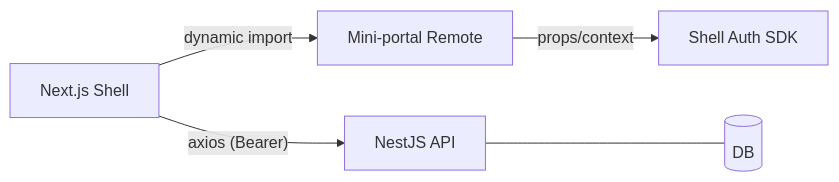
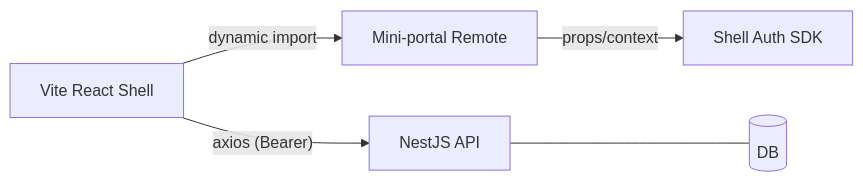
One commit to TAdev07/super-admin-portal-demo changed the first of 2 diagrams in docs/module-federation.md. Above: the diagram before and after it, drawn with Mermaid. The commit also changed other lines of this file and 44 other files, not shown here.

````diff
--- a/docs/module-federation.md
+++ b/docs/module-federation.md
@@ -11,7 +11,7 @@
 ```mermaid
 flowchart LR
-  Shell[Next.js Shell] -- dynamic import --> Remote[Mini-portal Remote]
+  Shell[Vite React Shell] -- dynamic import --> Remote[Mini-portal Remote]
   Shell -- axios (Bearer) --> API[NestJS API]
   Remote -- props/context --> ShellAuth[Shell Auth SDK]
   API --- DB[(DB)]
 ```
````
